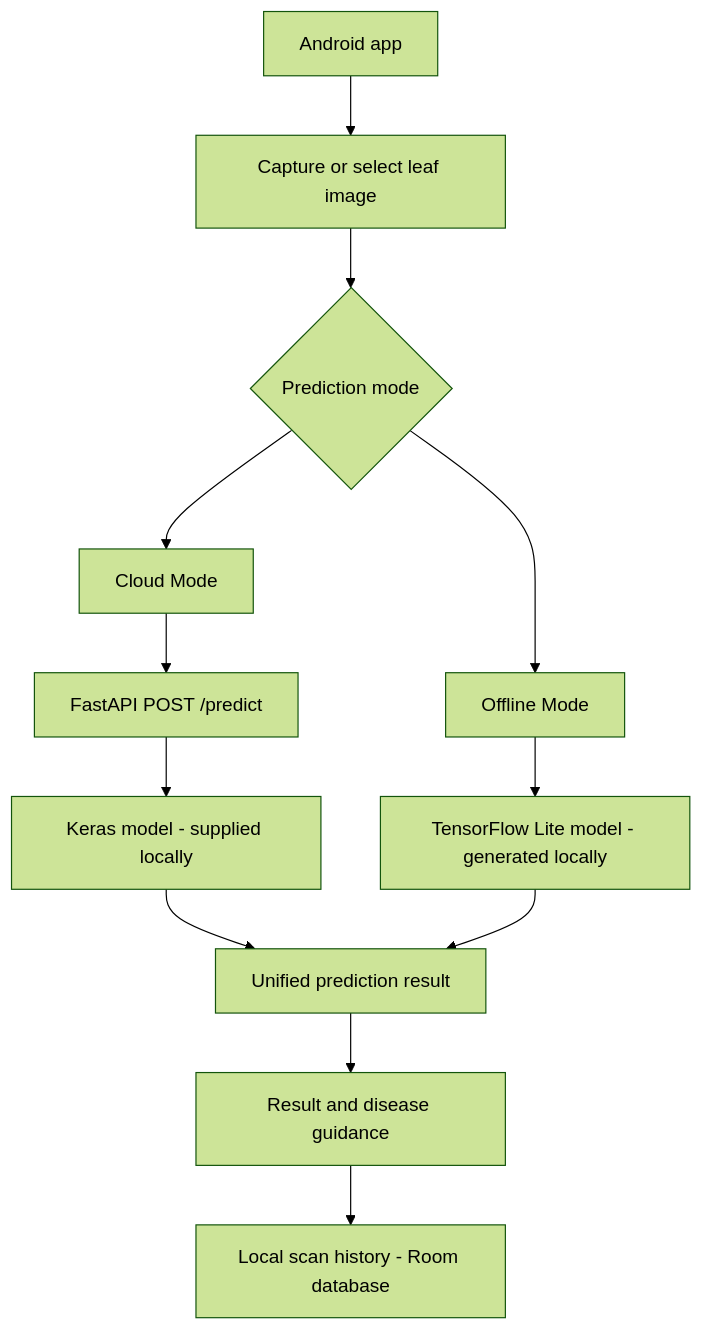
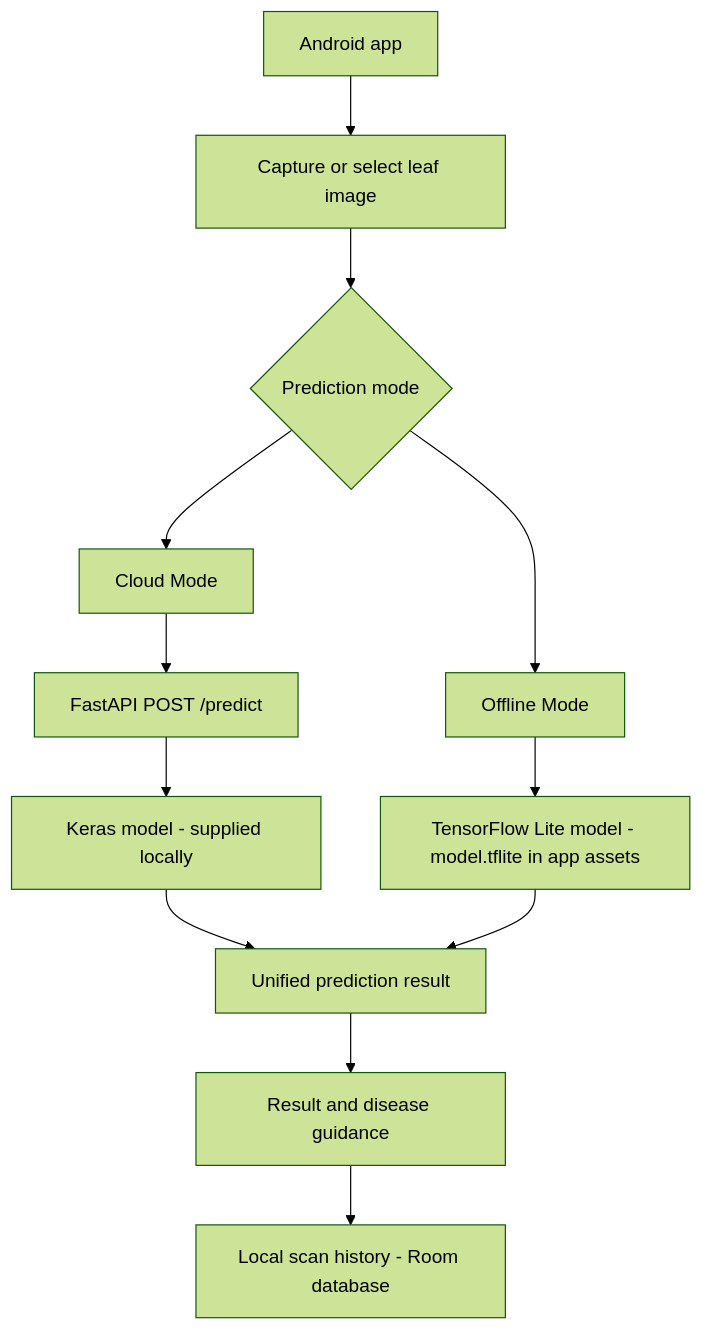
Before and after one commit to M-F-Tushar/Cropora: the diagram in README.md, drawn with Mermaid (forest theme). The commit also changed other lines of this file, not shown here.

````diff
--- a/README.md
+++ b/README.md
@@ -58,14 +59,14 @@
 ```mermaid
 flowchart TD
     A[Android app] --> B[Capture or select leaf image]
     B --> C{Prediction mode}
     C --> D[Cloud Mode]
     C --> E[Offline Mode]
     D --> F[FastAPI POST /predict]
     F --> G[Keras model - supplied locally]
-    E --> H[TensorFlow Lite model - generated locally]
+    E --> H[TensorFlow Lite model - model.tflite in app assets]
     G --> I[Unified prediction result]
     H --> I
     I --> J[Result and disease guidance]
     J --> K[Local scan history - Room database]
 ```
````
